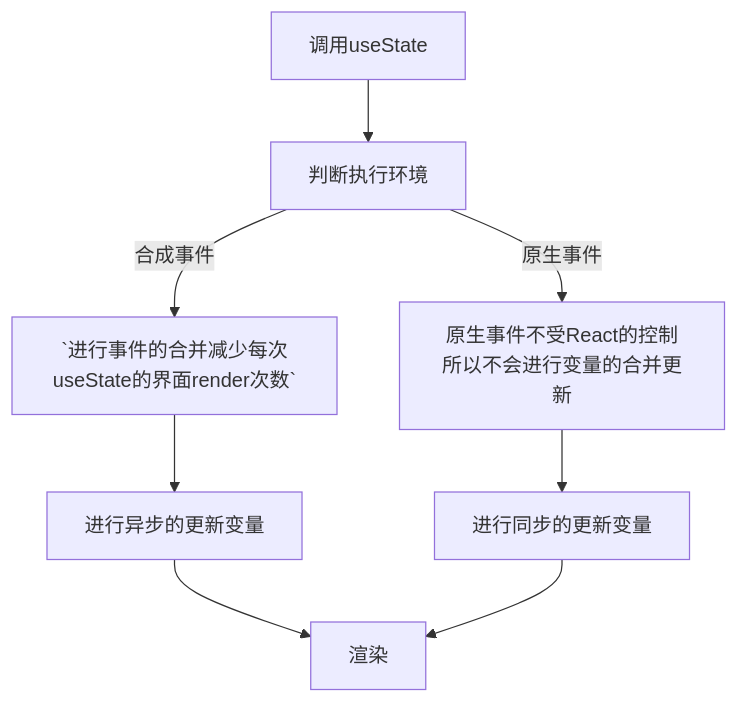
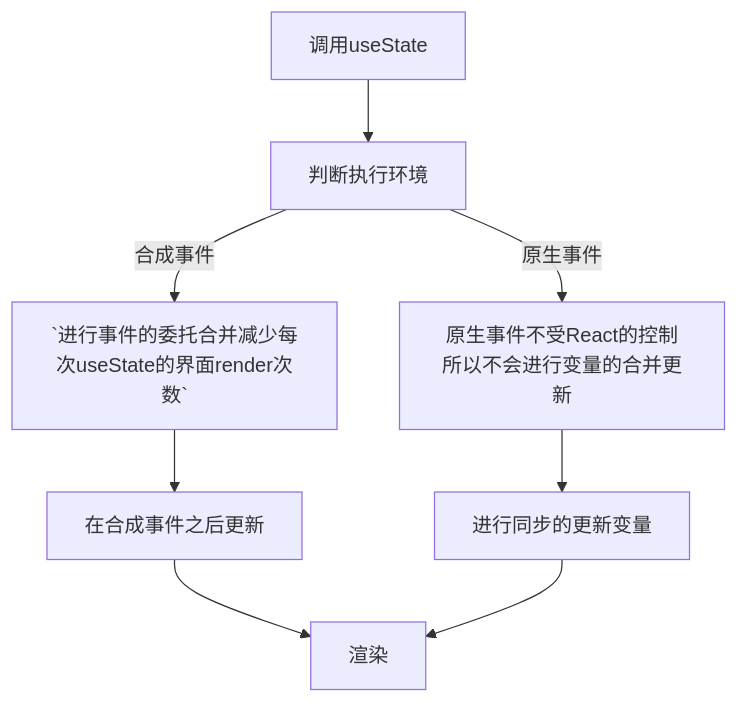
One commit to liquidGo/Basic_Konwledge_Extension changed the third of 3 diagrams in 09_REACT/[⭐⭐⭐⭐⭐]-useState是同步还是异步.md. Above: the diagram before and after it, drawn with Mermaid.

Commit message:
feat: 原生事件和合成事件

````diff
--- a/09_REACT/[⭐⭐⭐⭐⭐]-useState是同步还是异步.md
+++ b/09_REACT/[⭐⭐⭐⭐⭐]-useState是同步还是异步.md
@@ -29,8 +29,8 @@
 ```mermaid
 flowchart TB
   调用useState-->1[判断执行环境]
-  1--合成事件-->11[`进行事件的合并减少每次useState的界面render次数`]
-    11-->进行异步的更新变量-->2[渲染]
+  1--合成事件-->11[`进行事件的委托合并减少每次useState的界面render次数`]
+    11-->在合成事件之后更新-->2[渲染]
   1--原生事件-->12[原生事件不受React的控制所以不会进行变量的合并更新]
     12-->进行同步的更新变量-->2
 ```
````
